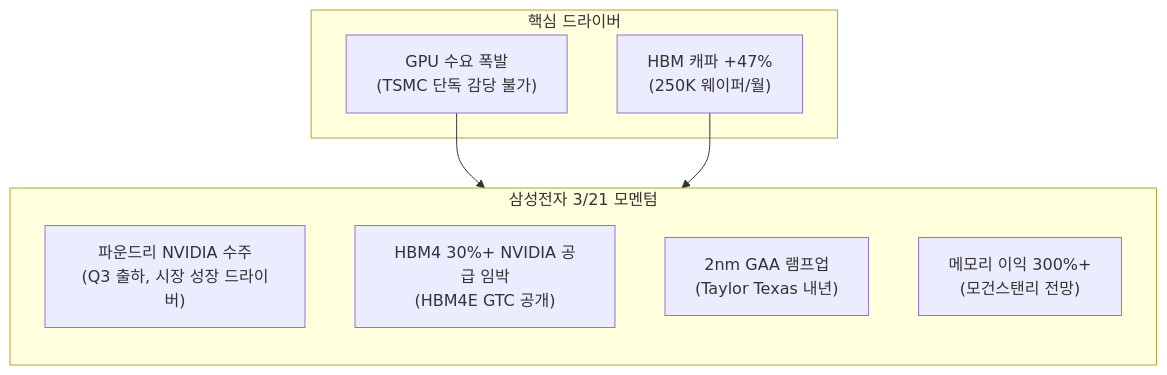
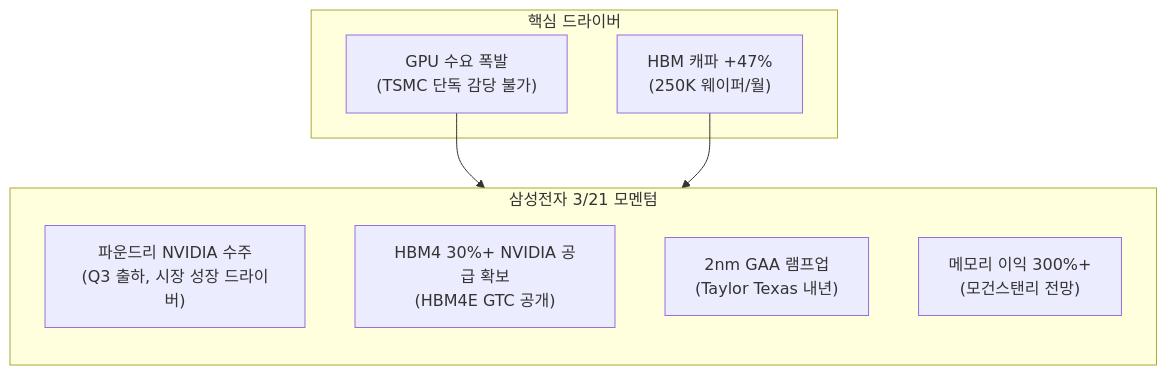
The third of 5 diagrams in _posts/knowledge/invest/2026-01-21-semiconductor-sector-outlook-2026.md (dss99911/dss99911.github.io), drawn with Mermaid before and after one commit. The commit also changed other lines of this file and 2 other files, not shown here.

````diff
--- a/_posts/knowledge/invest/2026-01-21-semiconductor-sector-outlook-2026.md
+++ b/_posts/knowledge/invest/2026-01-21-semiconductor-sector-outlook-2026.md
@@ -264,18 +260,18 @@
 ```mermaid
 graph TB
     subgraph 삼성전자["삼성전자 3/21 모멘텀"]
         direction TB
         F["파운드리 NVIDIA 수주<br/>#40;Q3 출하, 시장 성장 드라이버#41;"]
-        H["HBM4 30%+ NVIDIA 공급 임박<br/>#40;HBM4E GTC 공개#41;"]
+        H["HBM4 30%+ NVIDIA 공급 확보<br/>#40;HBM4E GTC 공개#41;"]
         G["2nm GAA 램프업<br/>#40;Taylor Texas 내년#41;"]
         M["메모리 이익 300%+<br/>#40;모건스탠리 전망#41;"]
     end
 
     subgraph 시장드라이버["핵심 드라이버"]
         D1["GPU 수요 폭발<br/>#40;TSMC 단독 감당 불가#41;"]
         D2["HBM 캐파 +47%<br/>#40;250K 웨이퍼/월#41;"]
     end
 
     D1 --> F
     D2 --> H
 ```
````
